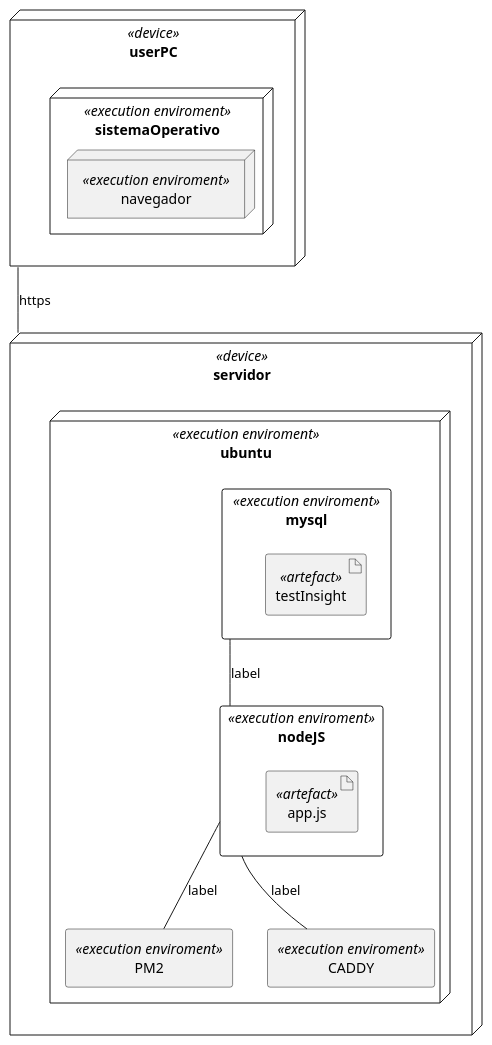
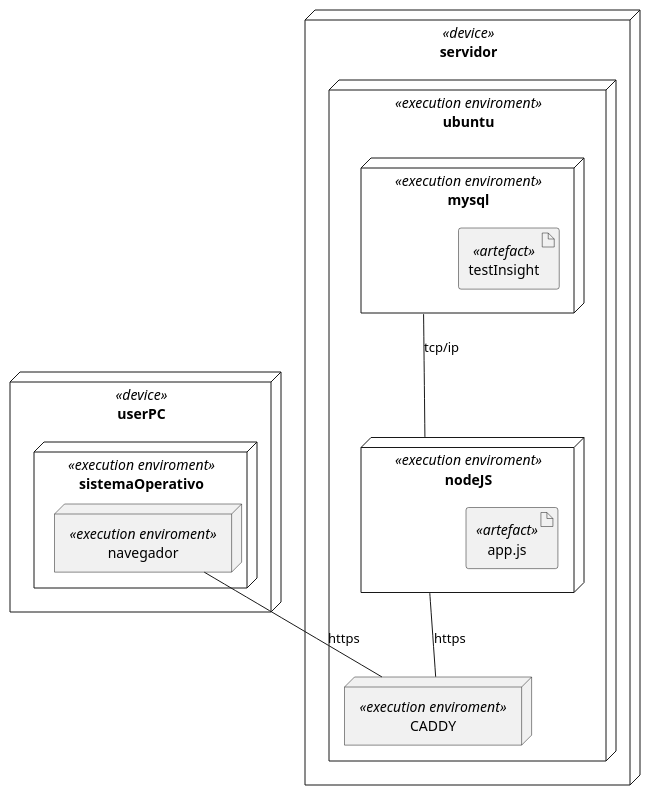
The diagram in uml/despliegue.puml (nicoleum17/TestInsightDX), drawn with PlantUML before and after one commit.

```diff
--- a/uml/despliegue.puml
+++ b/uml/despliegue.puml
@@ -1,27 +1,27 @@
 @startuml Diagrama de Despliegue
 
 node userPC <<device>>{
     node sistemaOperativo <<execution enviroment>>{
-        node navegador <<execution enviroment>>
+        node navegador <<execution enviroment>>{
+            
+        }
     }
 }
 
 node servidor <<device>>{
     node ubuntu <<execution enviroment>>{
-        rectangle mysql <<execution enviroment>>{
+        node mysql <<execution enviroment>>{
             artifact testInsight <<artefact>>
         }
-        rectangle nodeJS <<execution enviroment>>{
+        node nodeJS <<execution enviroment>>{
             artifact app.js <<artefact>>
         }
-        rectangle PM2 <<execution enviroment>>
-        rectangle CADDY <<execution enviroment>>
-        mysql -- nodeJS: label
-        nodeJS -- PM2: label
-        nodeJS -- CADDY: label
+        node CADDY <<execution enviroment>>
+        mysql -- nodeJS: tcp/ip
+        nodeJS -- CADDY: https
     }
 }
 
-userPC -- servidor : https
+navegador -- CADDY : https
 
 @enduml
```
